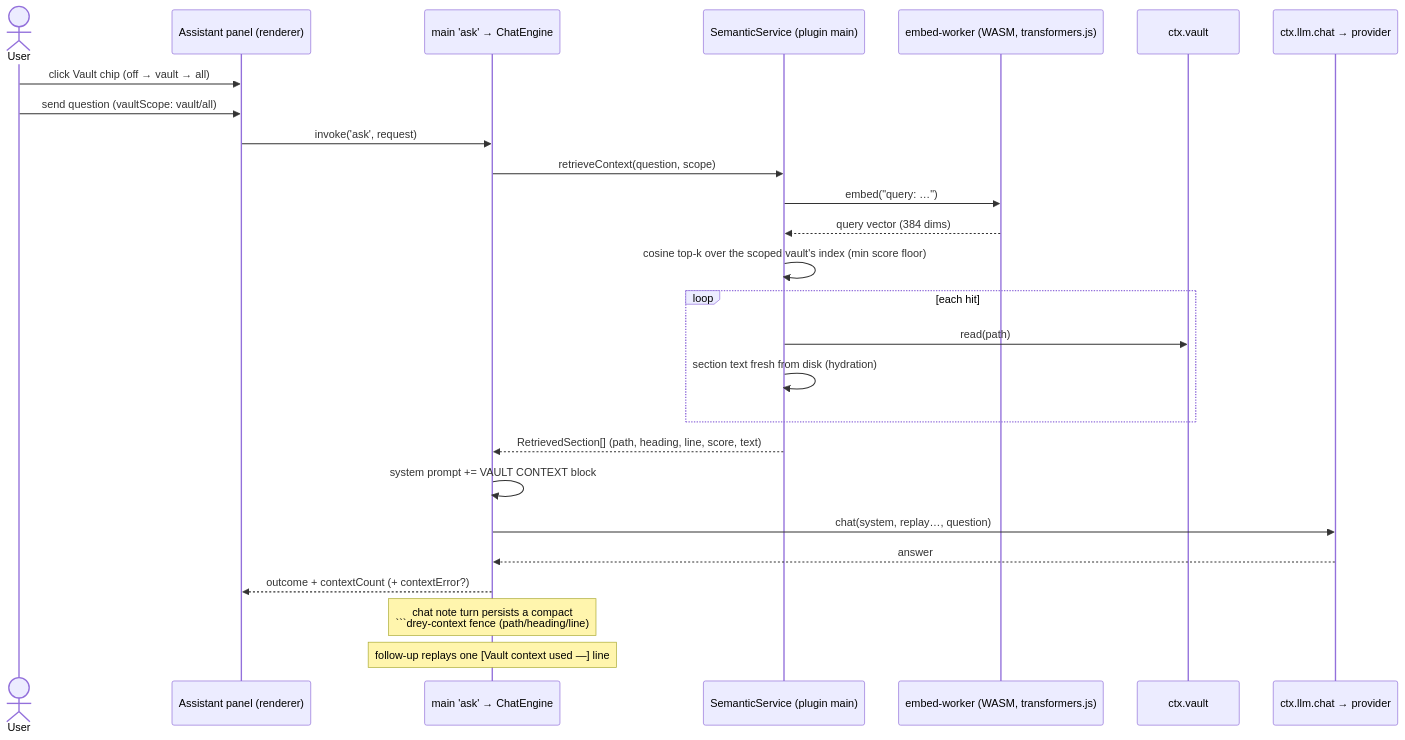
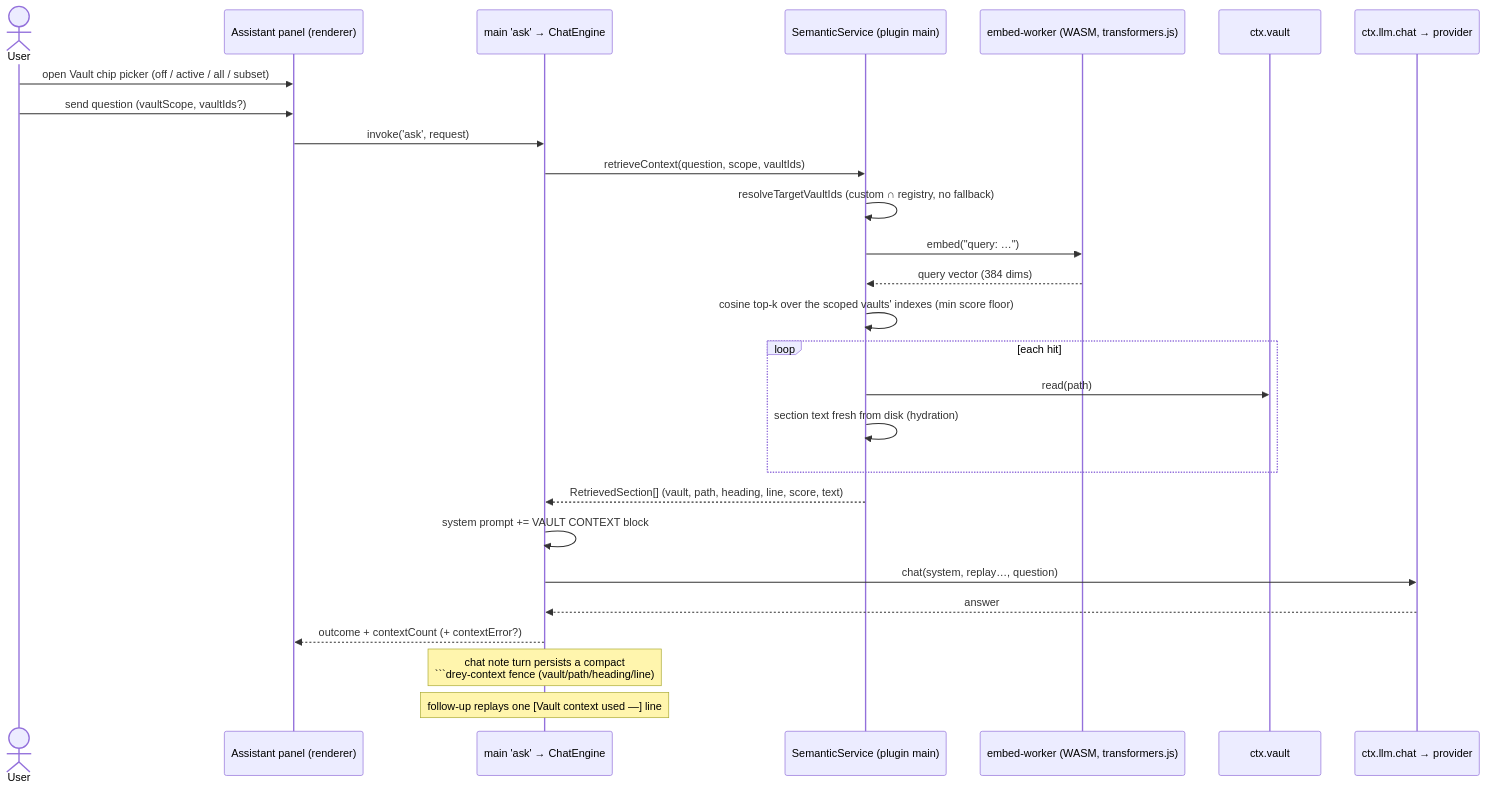
One commit to HenrikPuls/Drey changed diagram 45 of 57 in docs/06_runtime_view.md. Above: the diagram before and after it, drawn with Mermaid. The commit also changed other lines of this file and 19 other files, not shown here.

````diff
--- a/docs/06_runtime_view.md
+++ b/docs/06_runtime_view.md
@@ -2181,29 +2189,30 @@
 ```mermaid
 sequenceDiagram
     actor User
     participant Panel as Assistant panel (renderer)
     participant Ask as main 'ask' → ChatEngine
     participant Sem as SemanticService (plugin main)
     participant W as embed-worker (WASM, transformers.js)
     participant Vault as ctx.vault
     participant LLM as ctx.llm.chat → provider
 
-    User->>Panel: click Vault chip (off → vault → all)
-    User->>Panel: send question (vaultScope: vault/all)
+    User->>Panel: open Vault chip picker (off / active / all / subset)
+    User->>Panel: send question (vaultScope, vaultIds?)
     Panel->>Ask: invoke('ask', request)
-    Ask->>Sem: retrieveContext(question, scope)
+    Ask->>Sem: retrieveContext(question, scope, vaultIds)
+    Sem->>Sem: resolveTargetVaultIds (custom ∩ registry, no fallback)
     Sem->>W: embed("query: …")
     W-->>Sem: query vector (384 dims)
-    Sem->>Sem: cosine top-k over the scoped vault's index (min score floor)
+    Sem->>Sem: cosine top-k over the scoped vaults' indexes (min score floor)
     loop each hit
         Sem->>Vault: read(path)
         Sem->>Sem: section text fresh from disk (hydration)
     end
-    Sem-->>Ask: RetrievedSection[] (path, heading, line, score, text)
+    Sem-->>Ask: RetrievedSection[] (vault, path, heading, line, score, text)
     Ask->>Ask: system prompt += VAULT CONTEXT block
     Ask->>LLM: chat(system, replay…, question)
     LLM-->>Ask: answer
     Ask-->>Panel: outcome + contextCount (+ contextError?)
-    Note over Ask: chat note turn persists a compact<br/>```drey-context fence (path/heading/line);
+    Note over Ask: chat note turn persists a compact<br/>```drey-context fence (vault/path/heading/line);
     Note over Ask: follow-up replays one [Vault context used —] line
 ```
````
